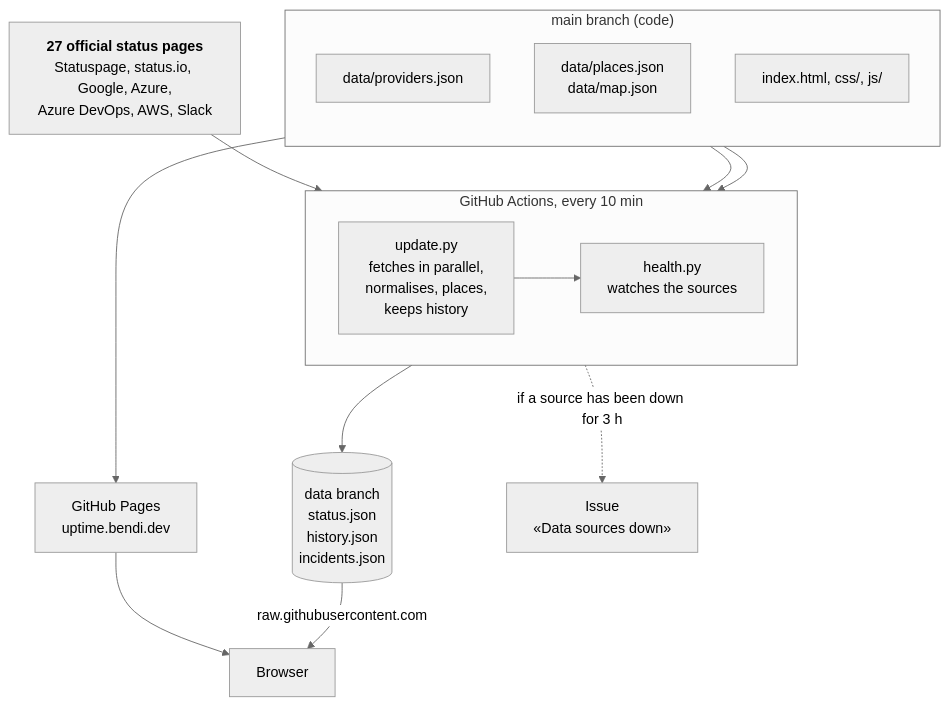
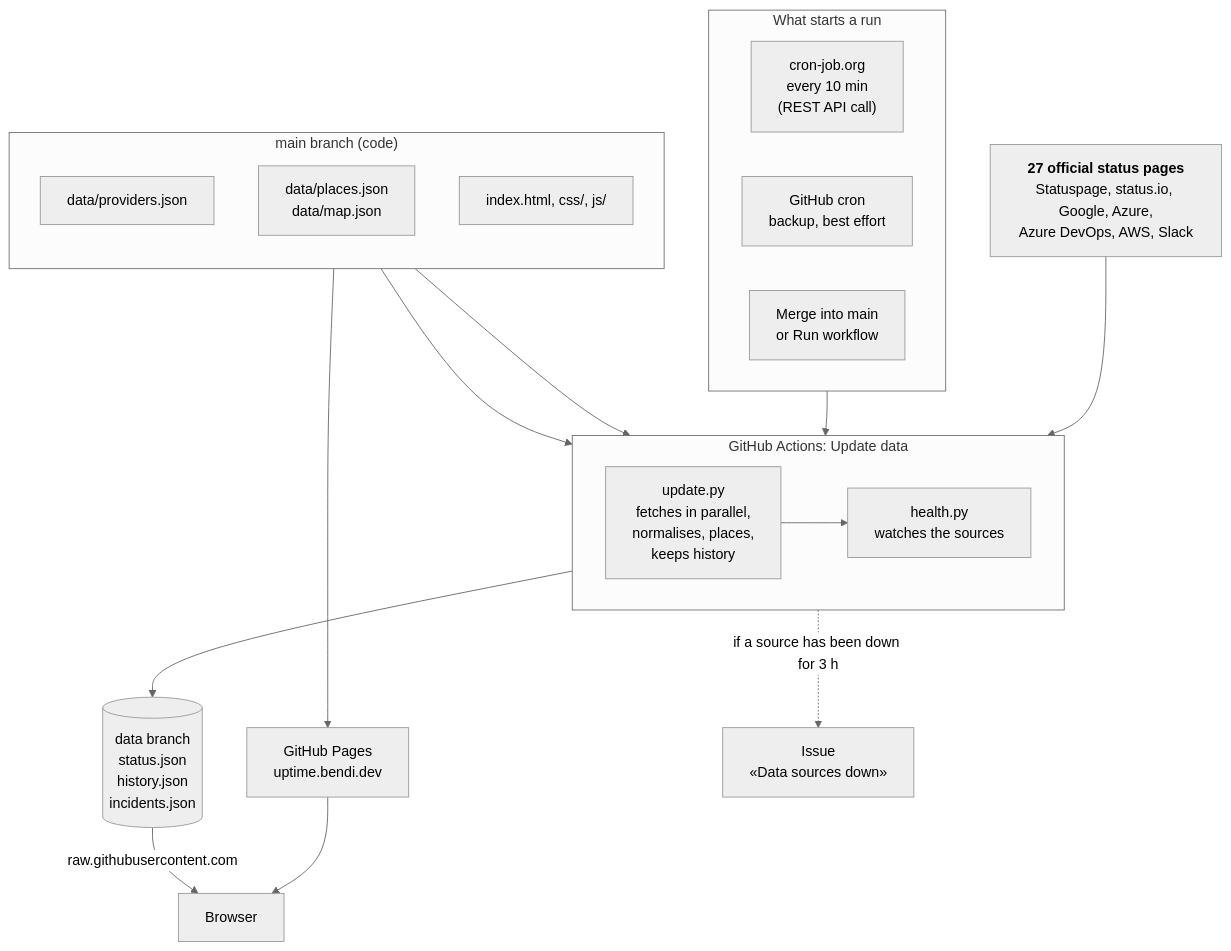
The second of 7 diagrams in README.md (serbenda/uptime), drawn with Mermaid (neutral theme) before and after one commit. The commit also changed other lines of this file and 1 other file, not shown here.

First line of the commit message:
Document the external trigger and the architecture behind it

````diff
--- a/README.md
+++ b/README.md
@@ -578,32 +579,40 @@
 ```mermaid
 flowchart TB
   Sources["<b>27 official status pages</b><br/>Statuspage, status.io, Google, Azure,<br/>Azure DevOps, AWS, Slack"]
 
-  subgraph Actions["GitHub Actions, every 10 min"]
+  subgraph Triggers["What starts a run"]
+    direction LR
+    T1["cron-job.org<br/>every 10 min<br/>(REST API call)"]
+    T2["GitHub cron<br/>backup, best effort"]
+    T3["Merge into main<br/>or Run workflow"]
+  end
+
+  subgraph Actions["GitHub Actions: Update data"]
     direction LR
     A1["update.py<br/>fetches in parallel,<br/>normalises, places,<br/>keeps history"]
     A2["health.py<br/>watches the sources"]
     A1 --> A2
   end
 
   subgraph Main["main branch (code)"]
     direction TB
     Conf["data/providers.json"]
     Geo["data/places.json<br/>data/map.json"]
     Web["index.html, css/, js/"]
   end
 
   Data[("data branch<br/>status.json<br/>history.json<br/>incidents.json")]
   Pages["GitHub Pages<br/>uptime.bendi.dev"]
   Issue["Issue<br/>«Data sources down»"]
   Nav["Browser"]
 
+  Triggers --> A1
   Sources --> A1
   Conf --> A1
   Geo --> A1
   A1 --> Data
   A2 -. if a source has been down for 3 h .-> Issue
   Main --> Pages
   Pages --> Nav
   Data -- raw.githubusercontent.com --> Nav
 ```
````
